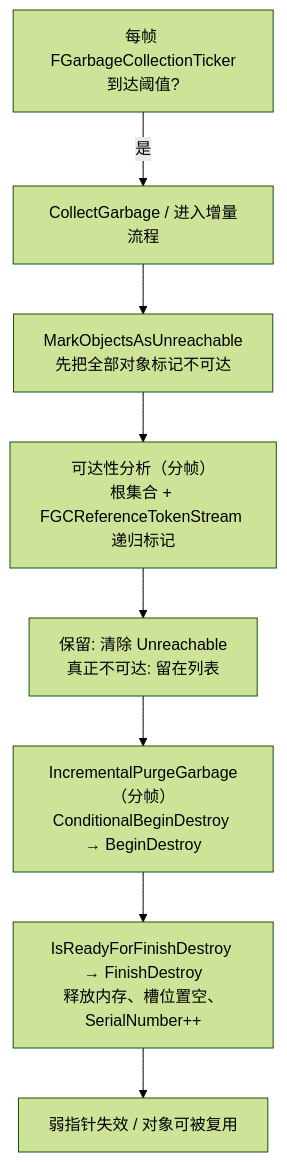
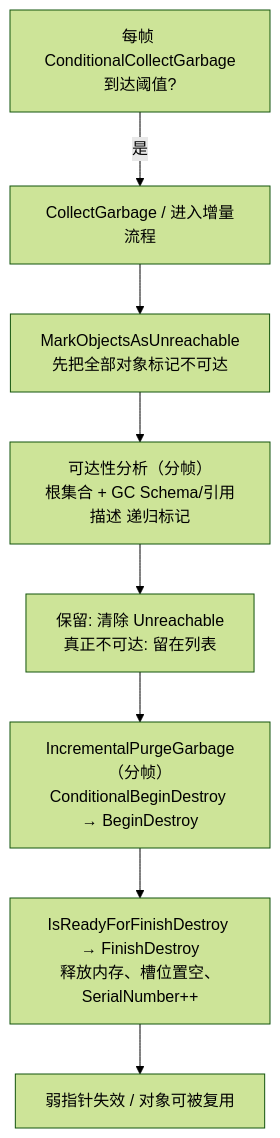
The second of 2 diagrams in 游戏知识/12-引擎源码分析/02-UObject与垃圾回收源码.md (fantuan812/learning), drawn with Mermaid (forest theme) before and after one commit. The commit also changed other lines of this file and 17 other files, not shown here.

````diff
--- a/游戏知识/12-引擎源码分析/02-UObject与垃圾回收源码.md
+++ b/游戏知识/12-引擎源码分析/02-UObject与垃圾回收源码.md
@@ -360,10 +363,10 @@
 ```mermaid
 flowchart TB
-    A["每帧 FGarbageCollectionTicker<br/>到达阈值?"] -->|是| B["CollectGarbage / 进入增量流程"]
+    A["每帧 ConditionalCollectGarbage<br/>到达阈值?"] -->|是| B["CollectGarbage / 进入增量流程"]
     B --> C["MarkObjectsAsUnreachable<br/>先把全部对象标记不可达"]
-    C --> D["可达性分析（分帧）<br/>根集合 + FGCReferenceTokenStream 递归标记"]
+    C --> D["可达性分析（分帧）<br/>根集合 + GC Schema/引用描述 递归标记"]
     D --> E["保留: 清除 Unreachable<br/>真正不可达: 留在列表"]
     E --> F["IncrementalPurgeGarbage（分帧）<br/>ConditionalBeginDestroy → BeginDestroy"]
     F --> G["IsReadyForFinishDestroy → FinishDestroy<br/>释放内存、槽位置空、SerialNumber++"]
     G --> H["弱指针失效 / 对象可被复用"]
 ```
````
